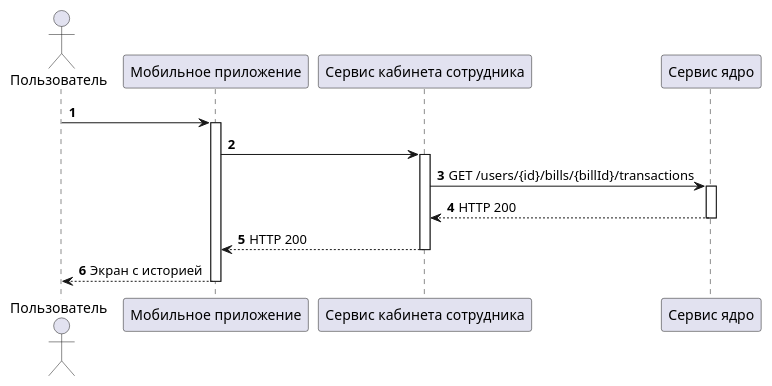
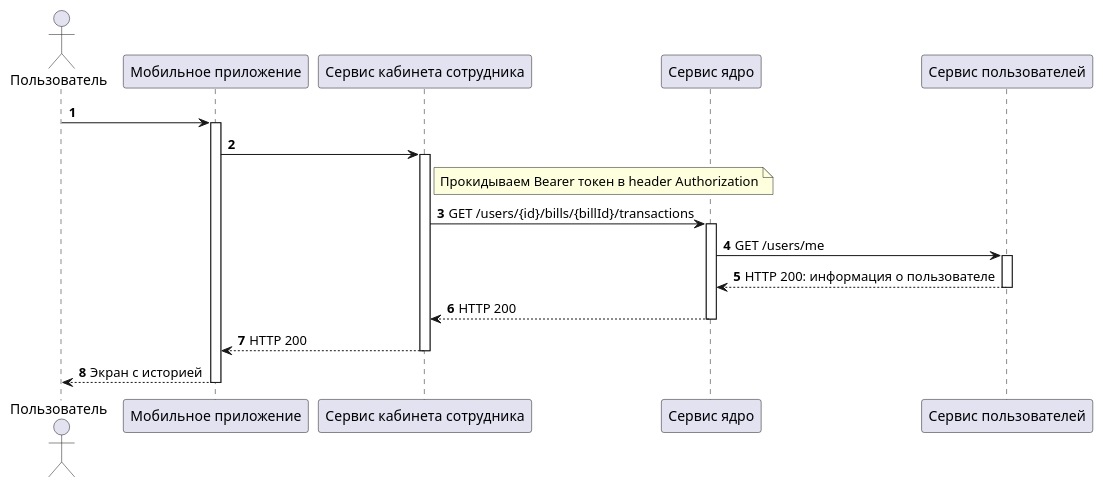
The diagram in diagrams/employer/Посмотреть историю любого счета.puml (AlekseyFeofilov/HubaBank), drawn with PlantUML before and after one commit. The commit also changed 13 other files, not shown here.

Commit message:
Исправление диаграмм

```diff
--- a/diagrams/employer/Посмотреть историю любого счета.puml
+++ b/diagrams/employer/Посмотреть историю любого счета.puml
@@ -1,23 +1,32 @@
 @startuml
 'https://plantuml.com/sequence-diagram
 
 autonumber
 
 actor "Пользователь" as User
 participant "Мобильное приложение" as MobileApp
 participant "Сервис кабинета сотрудника" as EmployerService
 participant "Сервис ядро" as CoreService
+participant "Сервис пользователей" as UserService
 
 User -> MobileApp
 activate MobileApp
 
     MobileApp -> EmployerService
     activate EmployerService
 
+        note right EmployerService
+        Прокидываем Bearer токен в header Authorization
+        end note
+
         EmployerService -> CoreService: GET /users/{id}/bills/{billId}/transactions
         activate CoreService
+
+            CoreService -> UserService: GET /users/me
+            activate UserService
+            return HTTP 200: информация о пользователе
         return HTTP 200
     return HTTP 200
 return Экран с историей
 
 @enduml
```
